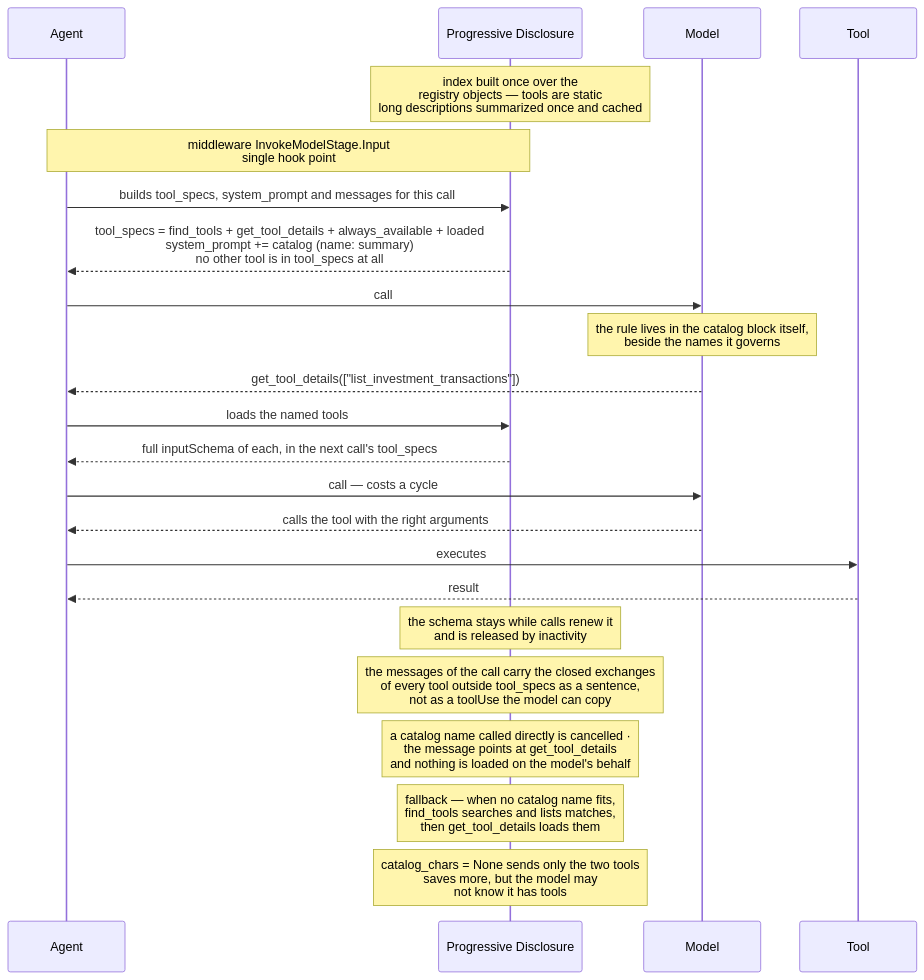
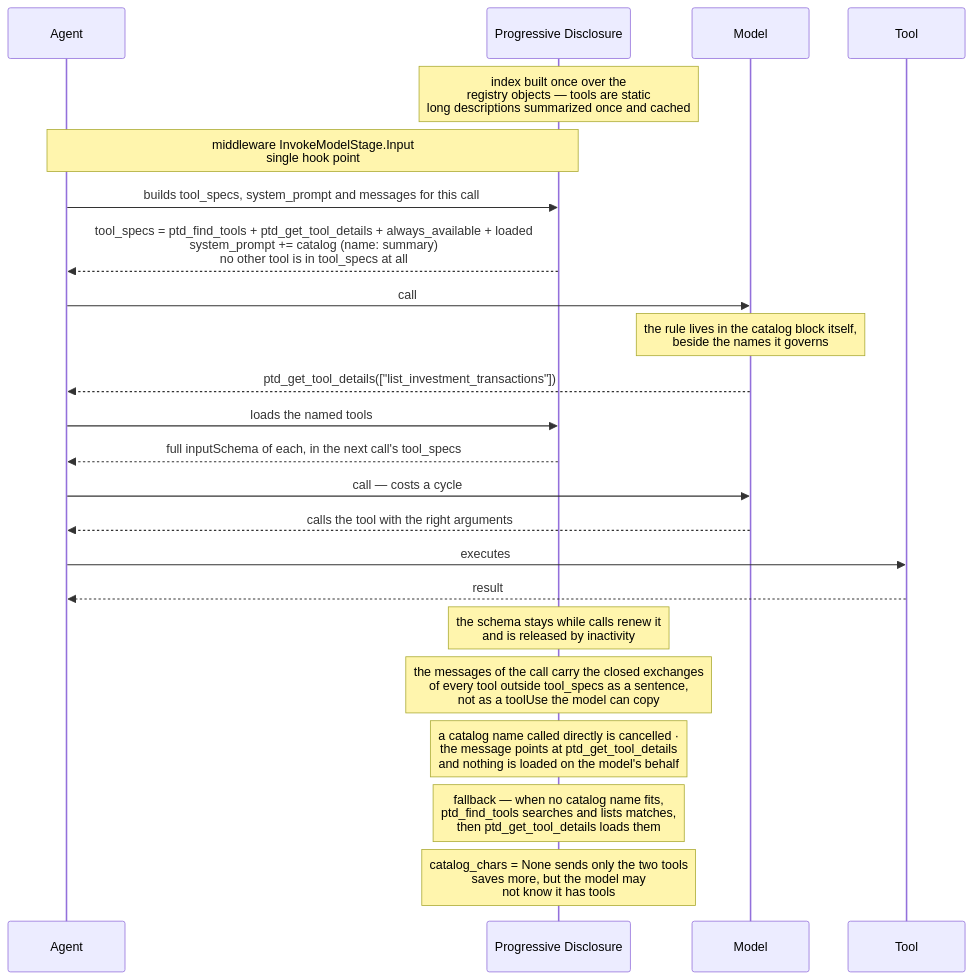
Before and after one commit to aws-samples/sample-context-engineering: the second of 3 diagrams in docs/design/design.md, drawn with Mermaid. The commit also changed other lines of this file and 124 other files, not shown here.

First line of the commit message:
feat(plugins): prefix every model-facing tool with its plugin's initials

````diff
--- a/docs/design/design.md
+++ b/docs/design/design.md
@@ -395,32 +395,32 @@
 ```mermaid
 sequenceDiagram
     participant AG as Agent
     participant B as Progressive Disclosure
     participant M as Model
     participant T as Tool
 
     Note over B: index built once over the<br/>registry objects — tools are static<br/>long descriptions summarized once and cached
 
     Note over AG,B: middleware InvokeModelStage.Input<br/>single hook point
 
     AG->>B: builds tool_specs, system_prompt and messages for this call
-    B-->>AG: tool_specs = find_tools + get_tool_details + always_available + loaded<br/>system_prompt += catalog (name: summary)<br/>no other tool is in tool_specs at all
+    B-->>AG: tool_specs = ptd_find_tools + ptd_get_tool_details + always_available + loaded<br/>system_prompt += catalog (name: summary)<br/>no other tool is in tool_specs at all
 
     AG->>M: call
     Note over M: the rule lives in the catalog block itself,<br/>beside the names it governs
 
-    M-->>AG: get_tool_details(["list_investment_transactions"])
+    M-->>AG: ptd_get_tool_details(["list_investment_transactions"])
     AG->>B: loads the named tools
     B-->>AG: full inputSchema of each, in the next call's tool_specs
     AG->>M: call — costs a cycle
 
     M-->>AG: calls the tool with the right arguments
     AG->>T: executes
     T-->>AG: result
 
     Note over B: the schema stays while calls renew it<br/>and is released by inactivity
     Note over B: the messages of the call carry the closed exchanges<br/>of every tool outside tool_specs as a sentence,<br/>not as a toolUse the model can copy
-    Note over B: a catalog name called directly is cancelled ·<br/>the message points at get_tool_details<br/>and nothing is loaded on the model's behalf
-    Note over B: fallback — when no catalog name fits,<br/>find_tools searches and lists matches,<br/>then get_tool_details loads them
+    Note over B: a catalog name called directly is cancelled ·<br/>the message points at ptd_get_tool_details<br/>and nothing is loaded on the model's behalf
+    Note over B: fallback — when no catalog name fits,<br/>ptd_find_tools searches and lists matches,<br/>then ptd_get_tool_details loads them
     Note over B: catalog_chars = None sends only the two tools<br/>saves more, but the model may<br/>not know it has tools
 ```
````
